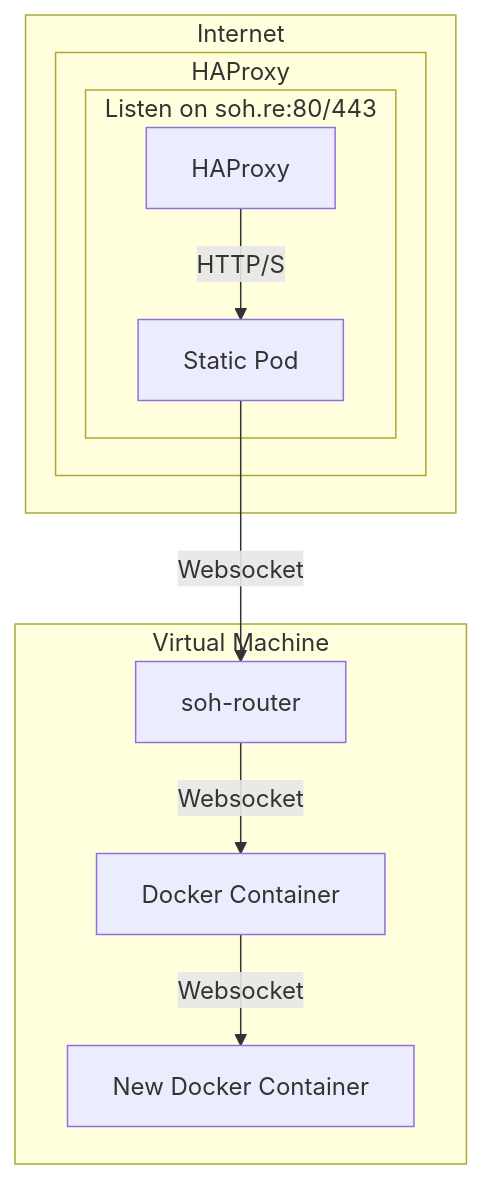
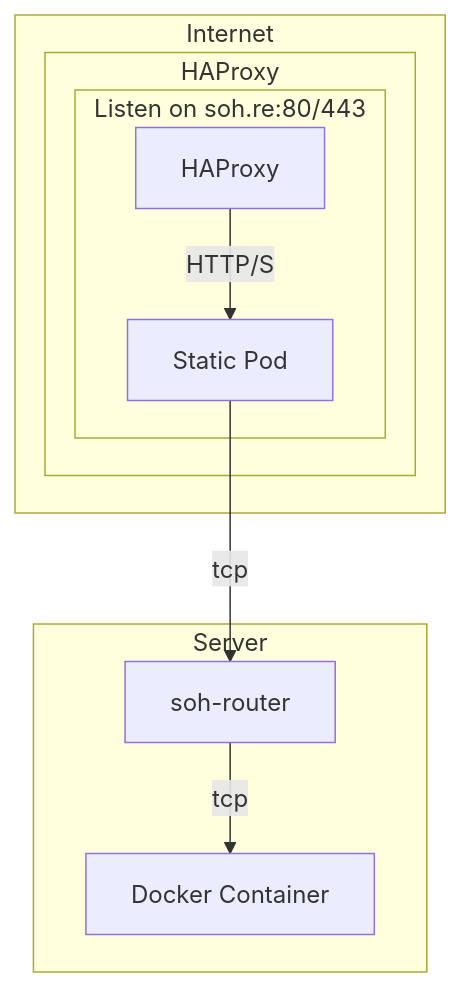
One commit to Jmainguy/soh-router changed the diagram in README.md. Above: the diagram before and after it, drawn with Mermaid. The commit also changed other lines of this file, not shown here.

````diff
--- a/README.md
+++ b/README.md
@@ -19,15 +19,14 @@
 ```mermaid
 graph TD;
     subgraph "Internet"
     subgraph "HAProxy"
         subgraph "Listen on soh.re:80/443"
             A[HAProxy] -->|HTTP/S| B[Static Pod]
         end
     end
     end
-    subgraph "Virtual Machine"
-        B -->|Websocket| C[soh-router]
-        C -->|Websocket| D[Docker Container]
-        D -->|Websocket| E[New Docker Container]
+    subgraph "Server"
+        B -->|tcp| C[soh-router]
+        C -->|tcp| D[Docker Container]
     end
 ```
````
